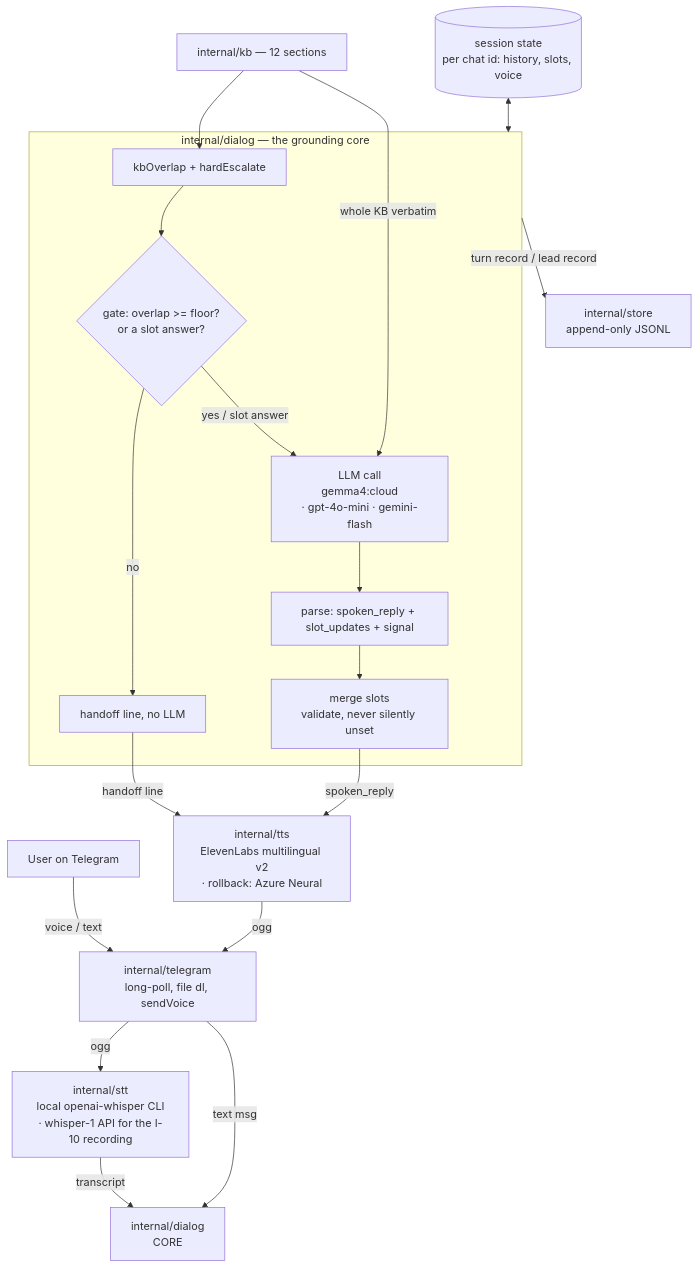
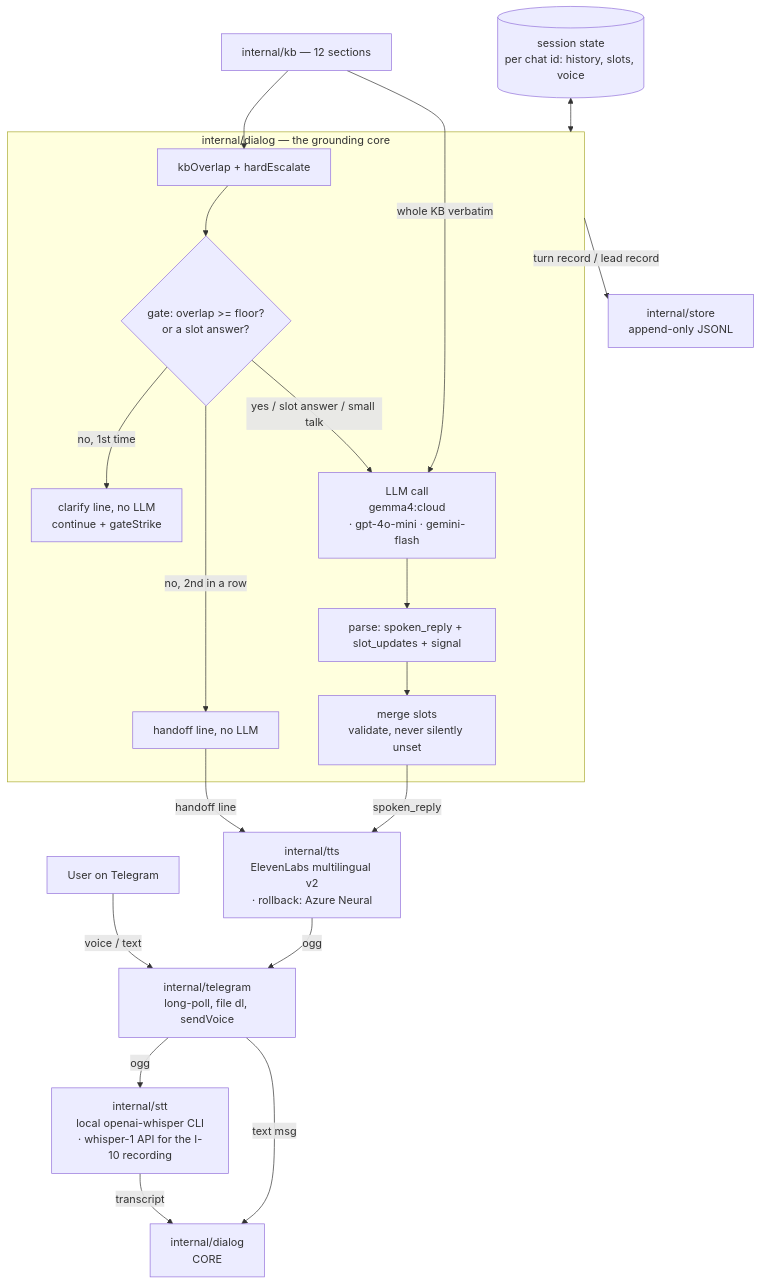
One commit to valpere/v2v-demo changed the diagram in docs/architecture.md. Above: the diagram before and after it, drawn with Mermaid. The commit also changed other lines of this file and 9 other files, not shown here.

First line of the commit message:
dialog: gate answers with a clarification line before it hands off

````diff
--- a/docs/architecture.md
+++ b/docs/architecture.md
@@ -29,24 +29,25 @@
 ```mermaid
 flowchart TD
     U[User on Telegram] -->|voice / text| TG[internal/telegram\nlong-poll, file dl, sendVoice]
     TG -->|ogg| STT[internal/stt\nlocal openai-whisper CLI\n· whisper-1 API for the I-10 recording]
     STT -->|transcript| D[internal/dialog\nCORE]
     TG -->|text msg| D
 
     subgraph CORE [internal/dialog — the grounding core]
         R[kbOverlap + hardEscalate] --> G{gate: overlap >= floor?\nor a slot answer?}
-        G -->|no| ESC[handoff line, no LLM]
-        G -->|yes / slot answer| LLM[LLM call\ngemma4:cloud\n· gpt-4o-mini · gemini-flash]
+        G -->|no, 1st time| CL[clarify line, no LLM\ncontinue + gateStrike]
+        G -->|no, 2nd in a row| ESC[handoff line, no LLM]
+        G -->|yes / slot answer / small talk| LLM[LLM call\ngemma4:cloud\n· gpt-4o-mini · gemini-flash]
         LLM --> P[parse: spoken_reply + slot_updates + signal]
         P --> M[merge slots\nvalidate, never silently unset]
     end
 
     KB[internal/kb — 12 sections] --> R
     KB -->|whole KB verbatim| LLM
     S[(session state\nper chat id: history, slots, voice)] <--> CORE
 
     M -->|spoken_reply| TTS[internal/tts\nElevenLabs multilingual v2\n· rollback: Azure Neural]
     ESC -->|handoff line| TTS
     TTS -->|ogg| TG
     CORE -->|turn record / lead record| LOG[internal/store\nappend-only JSONL]
 ```
````
